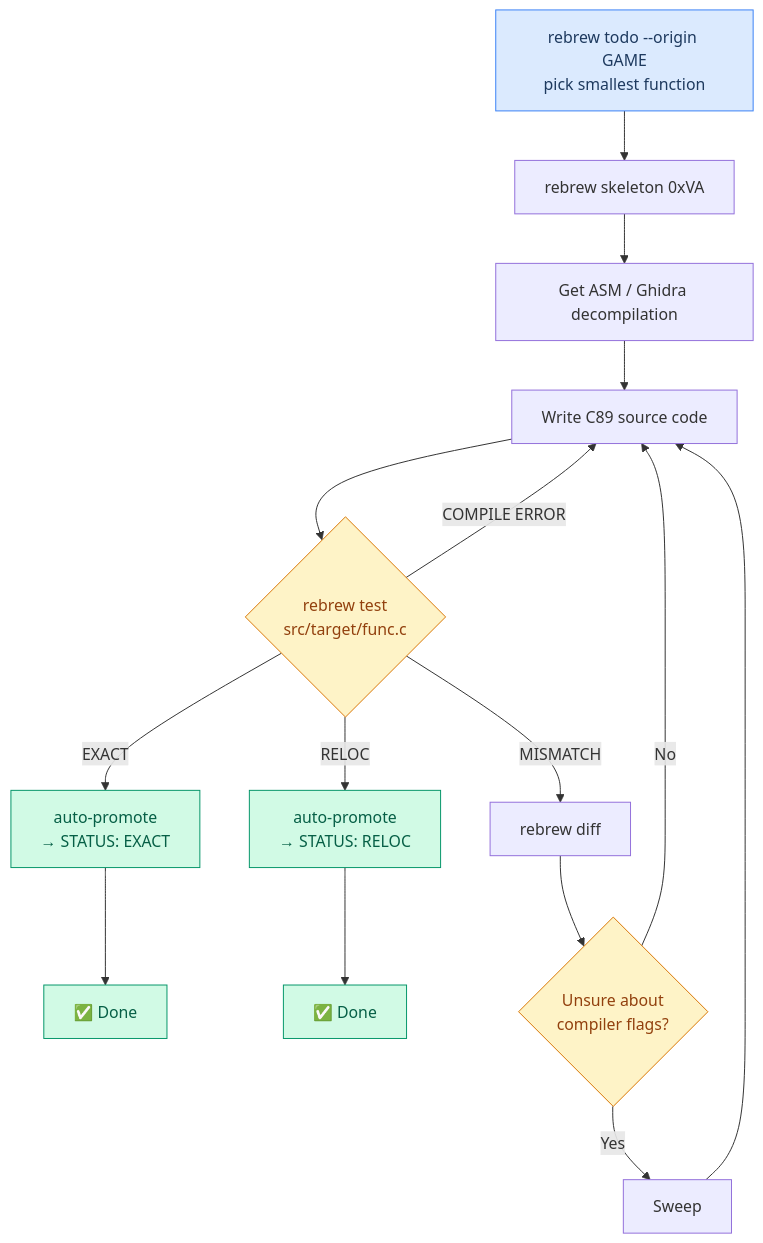
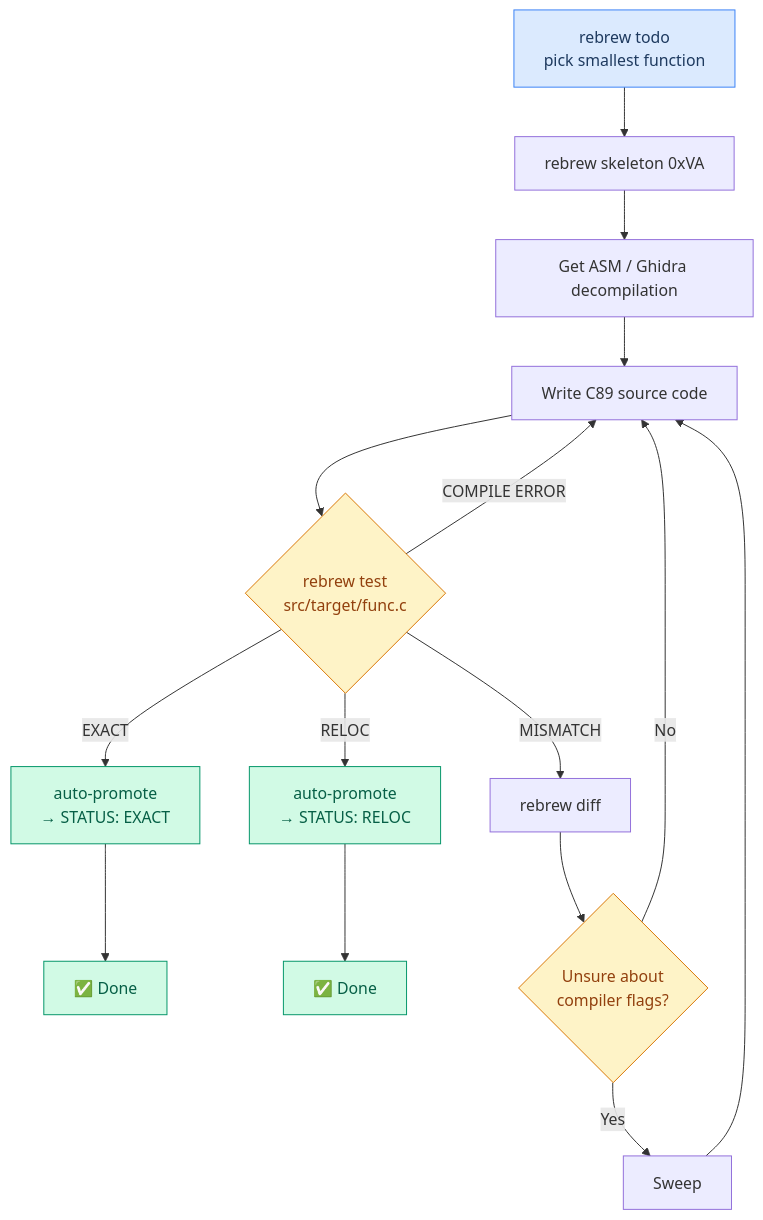
One commit to maci0/rebrew changed the fourth of 16 diagrams in docs/USER_STORIES.md. Above: the diagram before and after it, drawn with Mermaid. The commit also changed other lines of this file and 8 other files, not shown here.

````diff
--- a/docs/USER_STORIES.md
+++ b/docs/USER_STORIES.md
@@ -115,25 +115,25 @@
 ```mermaid
 graph TD
-    Pick["rebrew todo --origin GAME<br/>pick smallest function"] --> Skel["rebrew skeleton 0xVA"]
+    Pick["rebrew todo<br/>pick smallest function"] --> Skel["rebrew skeleton 0xVA"]
     Skel --> Decompile["Get ASM / Ghidra decompilation"]
     Decompile --> Write["Write C89 source code"]
     Write --> Test{"rebrew test<br/>src/target/func.c"}
     Test -->|EXACT| Promote["auto-promote<br/>→ STATUS: EXACT"]
     Promote --> Done["✅ Done"]
     Test -->|RELOC| PromoteR["auto-promote<br/>→ STATUS: RELOC"]
     PromoteR --> DoneR["✅ Done"]
     Test -->|MISMATCH| Diff["rebrew diff"]
     Test -->|COMPILE ERROR| Write
     Diff --> Flags{"Unsure about<br/>compiler flags?"}
     Sweep --> Write
     Flags -->|Yes| Sweep
     Flags -->|No| Write
 
     style Pick fill:#dbeafe,stroke:#3b82f6,color:#1e3a5f
     style Promote fill:#d1fae5,stroke:#059669,color:#065f46
     style PromoteR fill:#d1fae5,stroke:#059669,color:#065f46
     style Done fill:#d1fae5,stroke:#059669,color:#065f46
     style DoneR fill:#d1fae5,stroke:#059669,color:#065f46
     style Test fill:#fef3c7,stroke:#d97706,color:#92400e
     style Flags fill:#fef3c7,stroke:#d97706,color:#92400e
 ```
````
